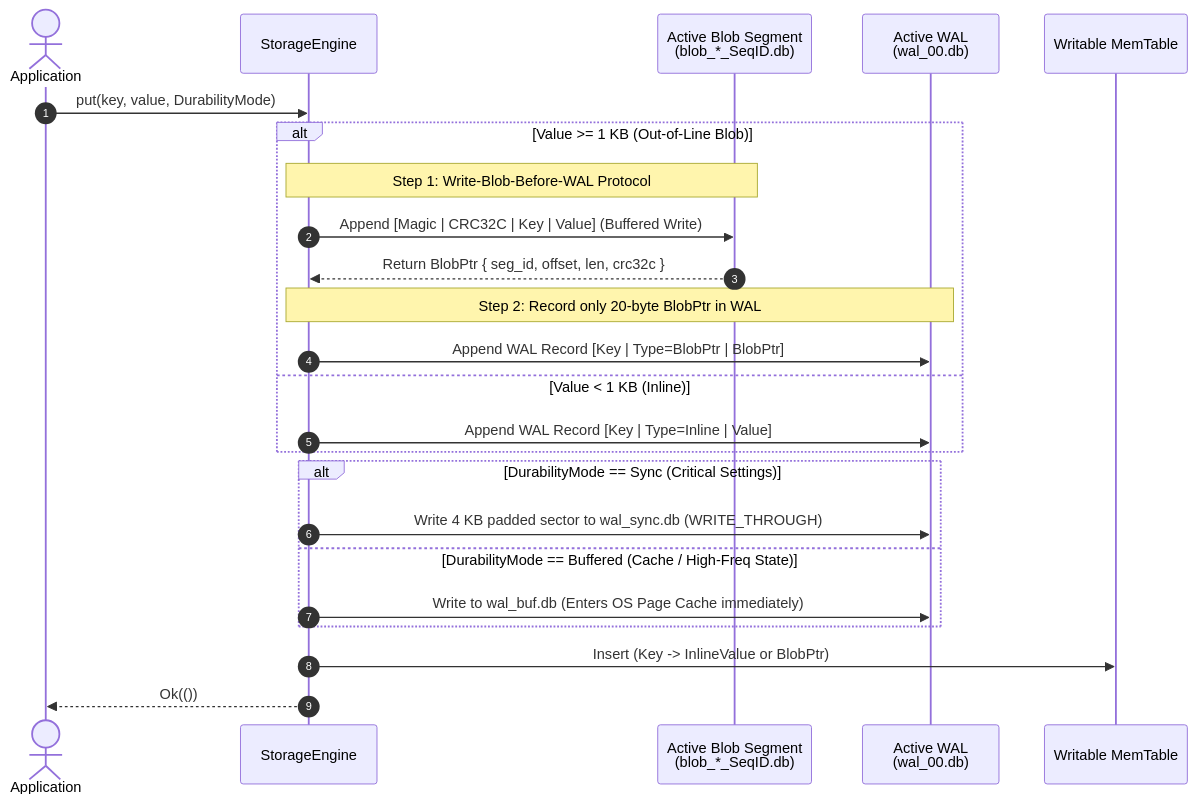
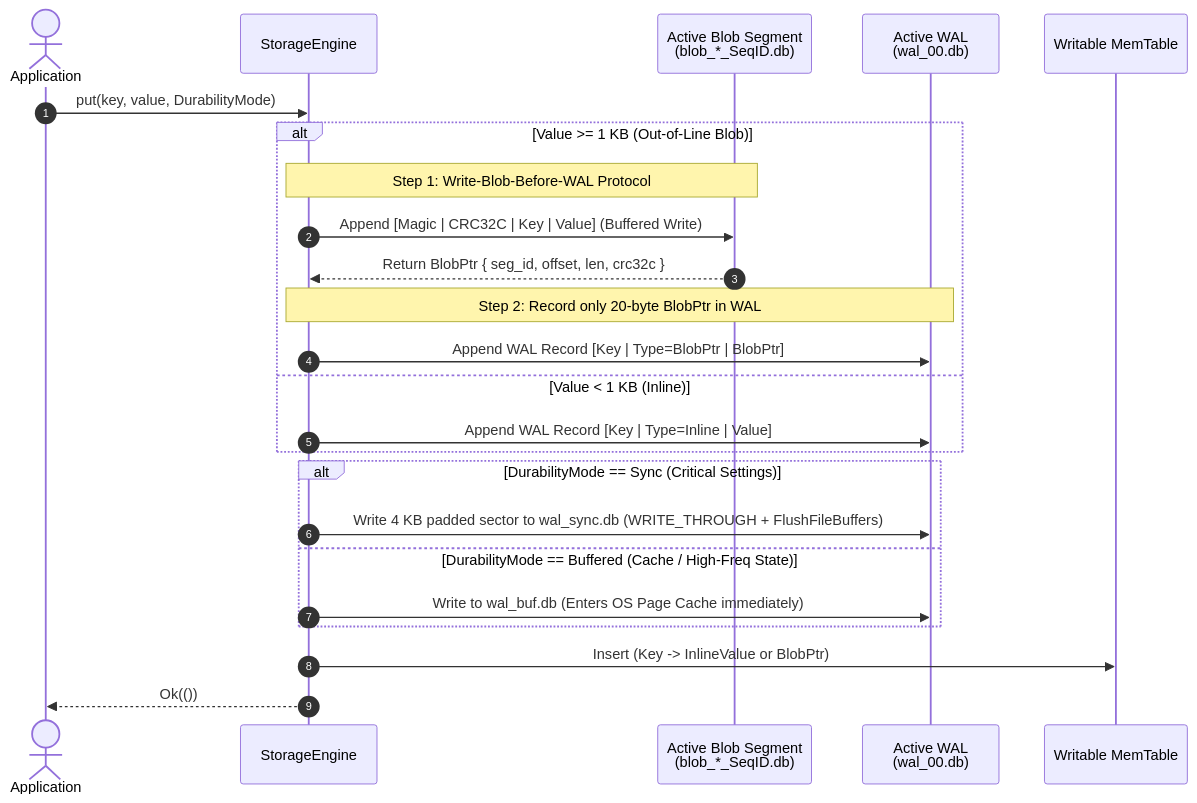
The third of 5 diagrams in docs/phase1/00_OVERVIEW.md (toyoshim-i/aydb), drawn with Mermaid before and after one commit. The commit also changed other lines of this file and 8 other files, not shown here.

First line of the commit message:
fix(pal): flush the device on every Windows sync WAL commit

````diff
--- a/docs/phase1/00_OVERVIEW.md
+++ b/docs/phase1/00_OVERVIEW.md
@@ -117,29 +117,29 @@
 ```mermaid
 sequenceDiagram
     autonumber
     actor App as Application
     participant Eng as StorageEngine
     participant Blob as Active Blob Segment<br/>(blob_*_SeqID.db)
     participant WAL as Active WAL<br/>(wal_00.db)
     participant MT as Writable MemTable
 
     App->>Eng: put(key, value, DurabilityMode)
     alt Value >= 1 KB (Out-of-Line Blob)
         Note over Eng,Blob: Step 1: Write-Blob-Before-WAL Protocol
         Eng->>Blob: Append [Magic | CRC32C | Key | Value] (Buffered Write)
         Blob-->>Eng: Return BlobPtr { seg_id, offset, len, crc32c }
         Note over Eng,WAL: Step 2: Record only 20-byte BlobPtr in WAL
         Eng->>WAL: Append WAL Record [Key | Type=BlobPtr | BlobPtr]
     else Value < 1 KB (Inline)
         Eng->>WAL: Append WAL Record [Key | Type=Inline | Value]
     end
 
     alt DurabilityMode == Sync (Critical Settings)
-        Eng->>WAL: Write 4 KB padded sector to wal_sync.db (WRITE_THROUGH)
+        Eng->>WAL: Write 4 KB padded sector to wal_sync.db (WRITE_THROUGH + FlushFileBuffers)
     else DurabilityMode == Buffered (Cache / High-Freq State)
         Eng->>WAL: Write to wal_buf.db (Enters OS Page Cache immediately)
     end
 
     Eng->>MT: Insert (Key -> InlineValue or BlobPtr)
     Eng-->>App: Ok(())
 ```
````
